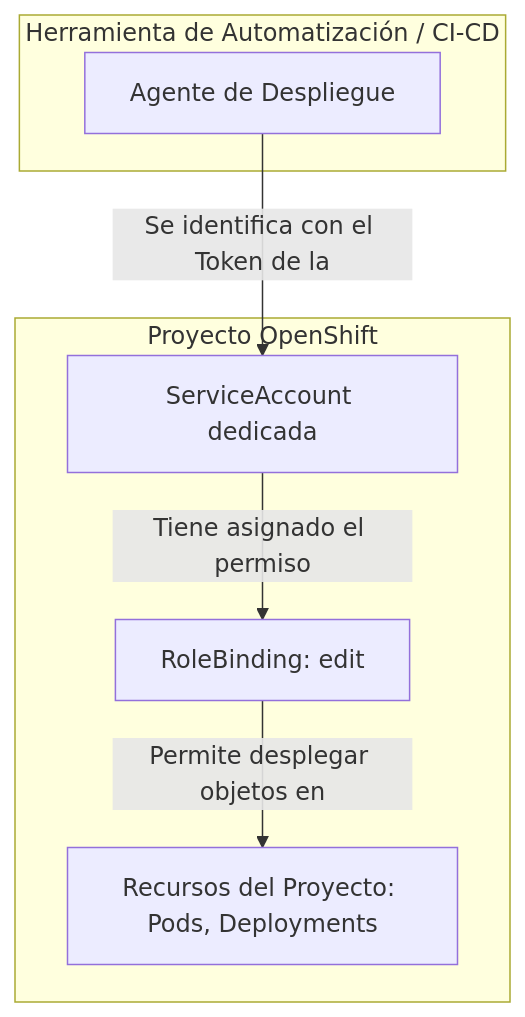
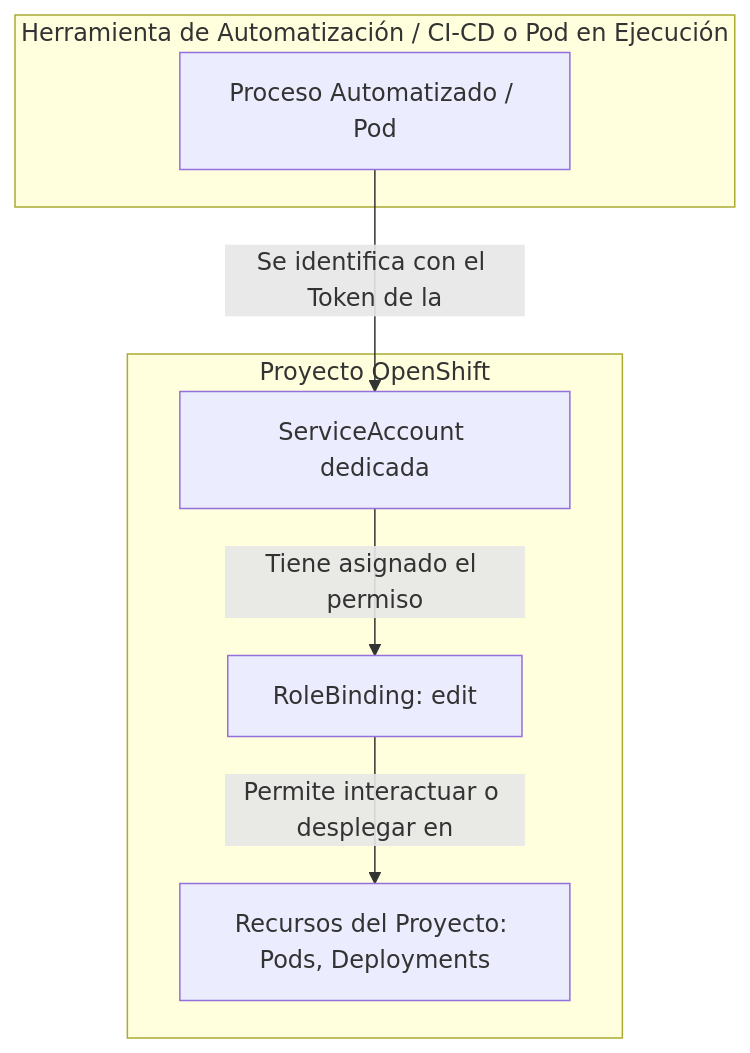
One commit to ieftraining/curso-openshift changed the fifth of 7 diagrams in docs/sesion4/4.1 Proyectos y permisos.md. Above: the diagram before and after it, drawn with Mermaid. The commit also changed other lines of this file, not shown here.

````diff
--- a/docs/sesion4/4.1 Proyectos y permisos.md
+++ b/docs/sesion4/4.1 Proyectos y permisos.md
@@ -152,16 +153,16 @@
 ```mermaid
 flowchart TD
-    subgraph Herramienta de Automatización / CI-CD
-        A[Agente de Despliegue]
+    subgraph Herramienta de Automatización / CI-CD o Pod en Ejecución
+        A[Proceso Automatizado / Pod]
     end
 
     subgraph Proyecto OpenShift
         B[ServiceAccount dedicada]
         C[RoleBinding: edit]
         D[Recursos del Proyecto: Pods, Deployments]
     end
 
     A -->|Se identifica con el Token de la| B
     B -->|Tiene asignado el permiso| C
-    C -->|Permite desplegar objetos en| D
+    C -->|Permite interactuar o desplegar en| D
 ```
````
